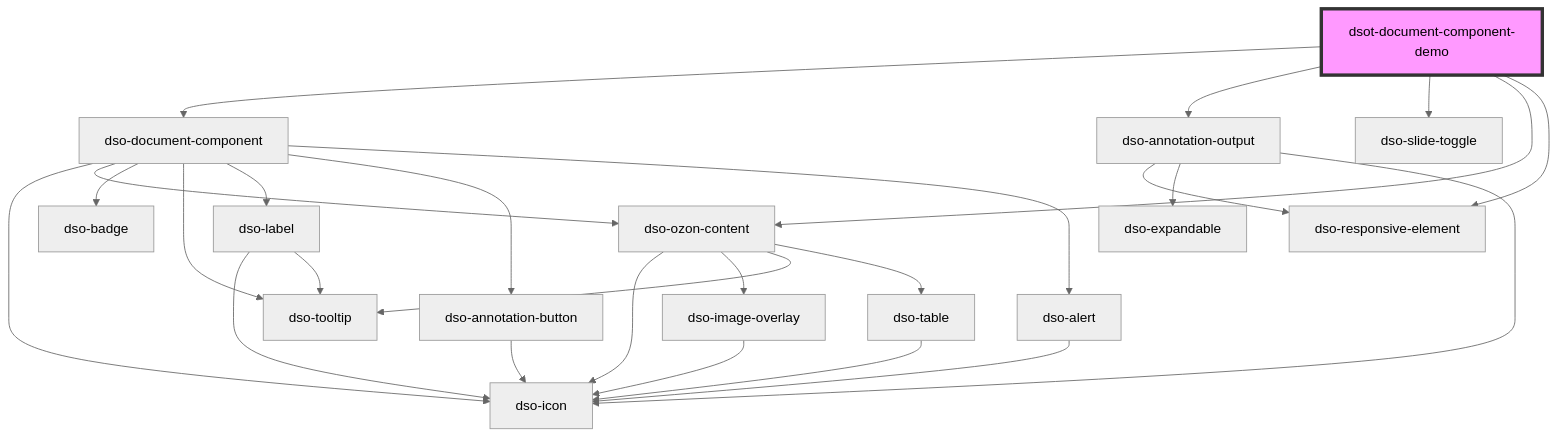
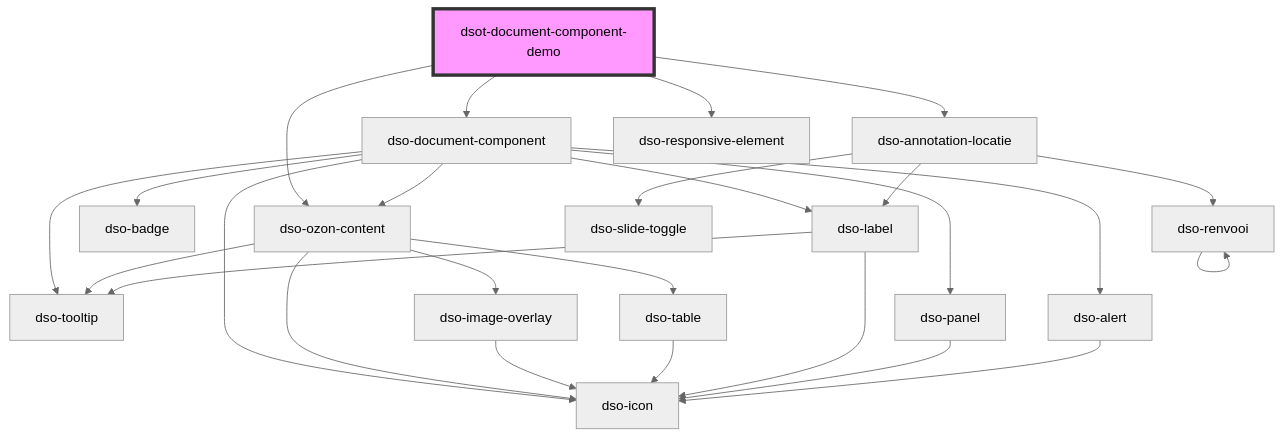
Before and after one commit to dso-toolkit/dso-toolkit: the diagram in packages/core/src/components/document-component-demo/readme.md, drawn with Mermaid (neutral theme). The commit also changed other lines of this file and 32 other files, not shown here.

Commit message:
#2765 [Changed] Document Component: Panel implementeren

````diff
--- a/packages/core/src/components/document-component-demo/readme.md
+++ b/packages/core/src/components/document-component-demo/readme.md
@@ -35,29 +34,29 @@
 ```mermaid
 graph TD;
   dsot-document-component-demo --> dso-document-component
-  dsot-document-component-demo --> dso-annotation-output
-  dsot-document-component-demo --> dso-slide-toggle
+  dsot-document-component-demo --> dso-annotation-locatie
   dsot-document-component-demo --> dso-ozon-content
   dsot-document-component-demo --> dso-responsive-element
   dso-document-component --> dso-icon
   dso-document-component --> dso-ozon-content
   dso-document-component --> dso-badge
   dso-document-component --> dso-tooltip
   dso-document-component --> dso-label
-  dso-document-component --> dso-annotation-button
+  dso-document-component --> dso-panel
   dso-document-component --> dso-alert
   dso-ozon-content --> dso-icon
   dso-ozon-content --> dso-image-overlay
   dso-ozon-content --> dso-tooltip
   dso-ozon-content --> dso-table
   dso-image-overlay --> dso-icon
   dso-table --> dso-icon
   dso-label --> dso-icon
   dso-label --> dso-tooltip
-  dso-annotation-button --> dso-icon
+  dso-panel --> dso-icon
   dso-alert --> dso-icon
-  dso-annotation-output --> dso-responsive-element
-  dso-annotation-output --> dso-expandable
-  dso-annotation-output --> dso-icon
+  dso-annotation-locatie --> dso-renvooi
+  dso-annotation-locatie --> dso-slide-toggle
+  dso-annotation-locatie --> dso-label
+  dso-renvooi --> dso-renvooi
   style dsot-document-component-demo fill:#f9f,stroke:#333,stroke-width:4px
 ```
````
